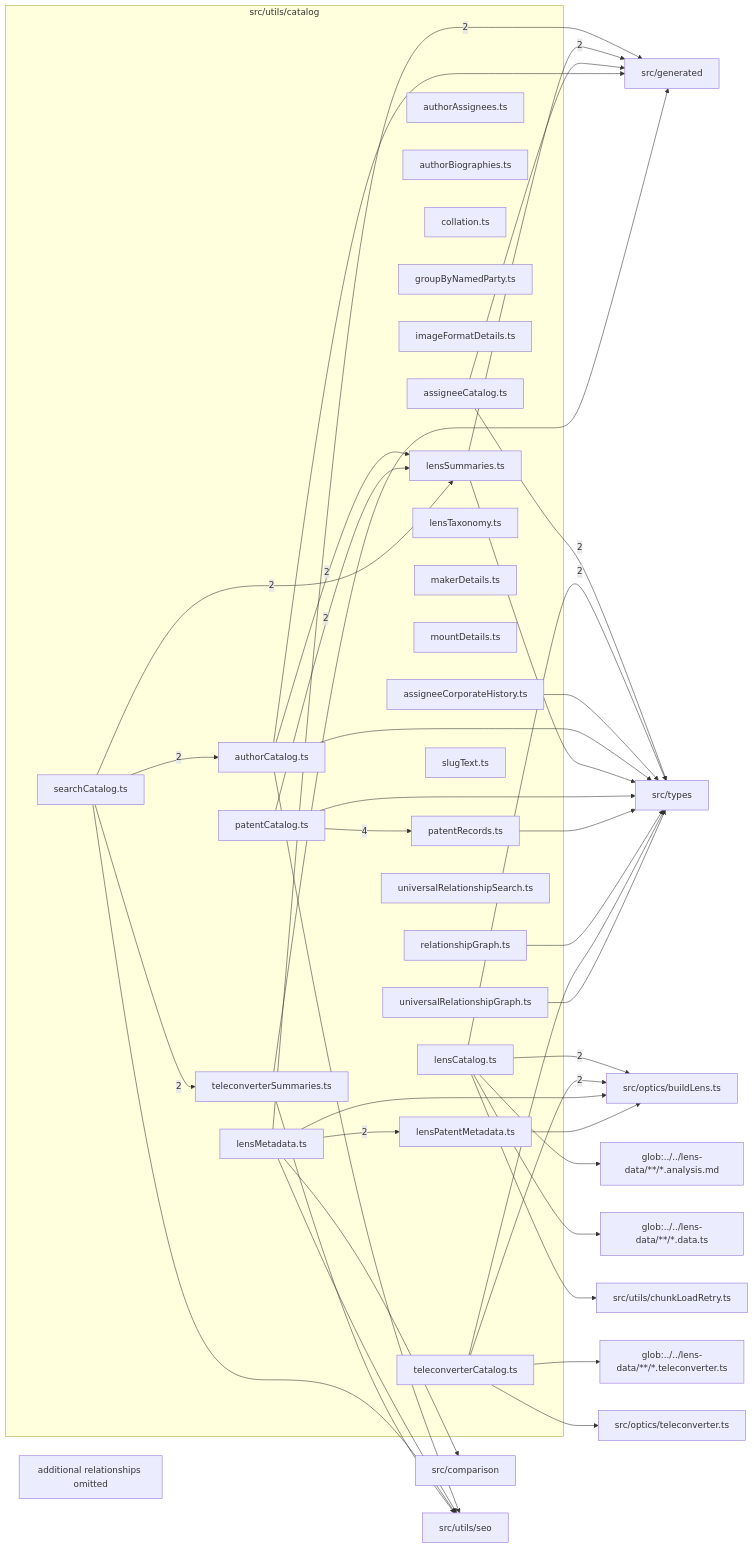
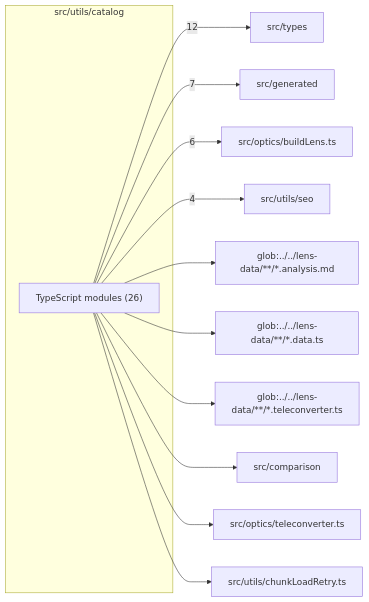
Before and after one commit to ronbuening/LensVisualizer: the diagram in src/utils/catalog/readme.md, drawn with Mermaid. The commit also changed other lines of this file and 23 other files, not shown here.

````diff
--- a/src/utils/catalog/readme.md
+++ b/src/utils/catalog/readme.md
@@ -9,76 +9,26 @@
 ```mermaid
 flowchart LR
   subgraph n_src_utils_catalog["src/utils/catalog"]
-    n_src_utils_catalog_src_utils_catalog_assigneeCatalog_ts["assigneeCatalog.ts"]
-    n_src_utils_catalog_src_utils_catalog_assigneeCorporateHistory_ts["assigneeCorporateHistory.ts"]
-    n_src_utils_catalog_src_utils_catalog_authorAssignees_ts["authorAssignees.ts"]
-    n_src_utils_catalog_src_utils_catalog_authorBiographies_ts["authorBiographies.ts"]
-    n_src_utils_catalog_src_utils_catalog_authorCatalog_ts["authorCatalog.ts"]
-    n_src_utils_catalog_src_utils_catalog_collation_ts["collation.ts"]
-    n_src_utils_catalog_src_utils_catalog_groupByNamedParty_ts["groupByNamedParty.ts"]
-    n_src_utils_catalog_src_utils_catalog_imageFormatDetails_ts["imageFormatDetails.ts"]
-    n_src_utils_catalog_src_utils_catalog_lensCatalog_ts["lensCatalog.ts"]
-    n_src_utils_catalog_src_utils_catalog_lensMetadata_ts["lensMetadata.ts"]
-    n_src_utils_catalog_src_utils_catalog_lensPatentMetadata_ts["lensPatentMetadata.ts"]
-    n_src_utils_catalog_src_utils_catalog_lensSummaries_ts["lensSummaries.ts"]
-    n_src_utils_catalog_src_utils_catalog_lensTaxonomy_ts["lensTaxonomy.ts"]
-    n_src_utils_catalog_src_utils_catalog_makerDetails_ts["makerDetails.ts"]
-    n_src_utils_catalog_src_utils_catalog_mountDetails_ts["mountDetails.ts"]
-    n_src_utils_catalog_src_utils_catalog_patentCatalog_ts["patentCatalog.ts"]
-    n_src_utils_catalog_src_utils_catalog_patentRecords_ts["patentRecords.ts"]
-    n_src_utils_catalog_src_utils_catalog_relationshipGraph_ts["relationshipGraph.ts"]
-    n_src_utils_catalog_src_utils_catalog_searchCatalog_ts["searchCatalog.ts"]
-    n_src_utils_catalog_src_utils_catalog_slugText_ts["slugText.ts"]
-    n_src_utils_catalog_src_utils_catalog_teleconverterCatalog_ts["teleconverterCatalog.ts"]
-    n_src_utils_catalog_src_utils_catalog_teleconverterSummaries_ts["teleconverterSummaries.ts"]
-    n_src_utils_catalog_src_utils_catalog_universalRelationshipGraph_ts["universalRelationshipGraph.ts"]
-    n_src_utils_catalog_src_utils_catalog_universalRelationshipSearch_ts["universalRelationshipSearch.ts"]
+    n_src_utils_catalog_TypeScript_modules["TypeScript modules (26)"]
   end
+  n_external_src_types["src/types"]
   n_external_src_generated["src/generated"]
   n_external_src_optics_buildLens_ts["src/optics/buildLens.ts"]
-  n_external_src_types["src/types"]
+  n_external_src_utils_seo["src/utils/seo"]
   n_external_glob_______lens_data______analysis_md["glob:../../lens-data/**/*.analysis.md"]
   n_external_glob_______lens_data______data_ts["glob:../../lens-data/**/*.data.ts"]
   n_external_glob_______lens_data______teleconverter_ts["glob:../../lens-data/**/*.teleconverter.ts"]
   n_external_src_comparison["src/comparison"]
   n_external_src_optics_teleconverter_ts["src/optics/teleconverter.ts"]
   n_external_src_utils_chunkLoadRetry_ts["src/utils/chunkLoadRetry.ts"]
-  n_external_src_utils_seo["src/utils/seo"]
-  n_src_utils_catalog_src_utils_catalog_patentCatalog_ts --> |4| n_src_utils_catalog_src_utils_catalog_patentRecords_ts
-  n_src_utils_catalog_src_utils_catalog_lensMetadata_ts --> |2| n_external_src_generated
-  n_src_utils_catalog_src_utils_catalog_lensSummaries_ts --> |2| n_external_src_generated
-  n_src_utils_catalog_src_utils_catalog_lensCatalog_ts --> |2| n_external_src_optics_buildLens_ts
-  n_src_utils_catalog_src_utils_catalog_teleconverterCatalog_ts --> |2| n_external_src_optics_buildLens_ts
-  n_src_utils_catalog_src_utils_catalog_assigneeCatalog_ts --> |2| n_external_src_types
-  n_src_utils_catalog_src_utils_catalog_lensCatalog_ts --> |2| n_external_src_types
-  n_src_utils_catalog_src_utils_catalog_searchCatalog_ts --> |2| n_src_utils_catalog_src_utils_catalog_authorCatalog_ts
-  n_src_utils_catalog_src_utils_catalog_lensMetadata_ts --> |2| n_src_utils_catalog_src_utils_catalog_lensPatentMetadata_ts
-  n_src_utils_catalog_src_utils_catalog_authorCatalog_ts --> |2| n_src_utils_catalog_src_utils_catalog_lensSummaries_ts
-  n_src_utils_catalog_src_utils_catalog_patentCatalog_ts --> |2| n_src_utils_catalog_src_utils_catalog_lensSummaries_ts
-  n_src_utils_catalog_src_utils_catalog_searchCatalog_ts --> |2| n_src_utils_catalog_src_utils_catalog_lensSummaries_ts
-  n_src_utils_catalog_src_utils_catalog_searchCatalog_ts --> |2| n_src_utils_catalog_src_utils_catalog_teleconverterSummaries_ts
-  n_src_utils_catalog_src_utils_catalog_lensCatalog_ts --> n_external_glob_______lens_data______analysis_md
-  n_src_utils_catalog_src_utils_catalog_lensCatalog_ts --> n_external_glob_______lens_data______data_ts
-  n_src_utils_catalog_src_utils_catalog_teleconverterCatalog_ts --> n_external_glob_______lens_data______teleconverter_ts
-  n_src_utils_catalog_src_utils_catalog_lensMetadata_ts --> n_external_src_comparison
-  n_src_utils_catalog_src_utils_catalog_assigneeCatalog_ts --> n_external_src_generated
-  n_src_utils_catalog_src_utils_catalog_authorCatalog_ts --> n_external_src_generated
-  n_src_utils_catalog_src_utils_catalog_teleconverterSummaries_ts --> n_external_src_generated
-  n_src_utils_catalog_src_utils_catalog_lensMetadata_ts --> n_external_src_optics_buildLens_ts
-  n_src_utils_catalog_src_utils_catalog_lensPatentMetadata_ts --> n_external_src_optics_buildLens_ts
-  n_src_utils_catalog_src_utils_catalog_teleconverterCatalog_ts --> n_external_src_optics_teleconverter_ts
-  n_src_utils_catalog_src_utils_catalog_assigneeCorporateHistory_ts --> n_external_src_types
-  n_src_utils_catalog_src_utils_catalog_authorCatalog_ts --> n_external_src_types
-  n_src_utils_catalog_src_utils_catalog_lensSummaries_ts --> n_external_src_types
-  n_src_utils_catalog_src_utils_catalog_patentCatalog_ts --> n_external_src_types
-  n_src_utils_catalog_src_utils_catalog_patentRecords_ts --> n_external_src_types
-  n_src_utils_catalog_src_utils_catalog_relationshipGraph_ts --> n_external_src_types
-  n_src_utils_catalog_src_utils_catalog_teleconverterCatalog_ts --> n_external_src_types
-  n_src_utils_catalog_src_utils_catalog_universalRelationshipGraph_ts --> n_external_src_types
-  n_src_utils_catalog_src_utils_catalog_lensCatalog_ts --> n_external_src_utils_chunkLoadRetry_ts
-  n_src_utils_catalog_src_utils_catalog_authorCatalog_ts --> n_external_src_utils_seo
-  n_src_utils_catalog_src_utils_catalog_lensMetadata_ts --> n_external_src_utils_seo
-  n_src_utils_catalog_src_utils_catalog_searchCatalog_ts --> n_external_src_utils_seo
-  n_src_utils_catalog_src_utils_catalog_teleconverterSummaries_ts --> n_external_src_utils_seo
-  n_src_utils_catalog_truncated["additional relationships omitted"]
+  n_src_utils_catalog_TypeScript_modules --> |12| n_external_src_types
+  n_src_utils_catalog_TypeScript_modules --> |7| n_external_src_generated
+  n_src_utils_catalog_TypeScript_modules --> |6| n_external_src_optics_buildLens_ts
+  n_src_utils_catalog_TypeScript_modules --> |4| n_external_src_utils_seo
+  n_src_utils_catalog_TypeScript_modules --> n_external_glob_______lens_data______analysis_md
+  n_src_utils_catalog_TypeScript_modules --> n_external_glob_______lens_data______data_ts
+  n_src_utils_catalog_TypeScript_modules --> n_external_glob_______lens_data______teleconverter_ts
+  n_src_utils_catalog_TypeScript_modules --> n_external_src_comparison
+  n_src_utils_catalog_TypeScript_modules --> n_external_src_optics_teleconverter_ts
+  n_src_utils_catalog_TypeScript_modules --> n_external_src_utils_chunkLoadRetry_ts
 ```
````
